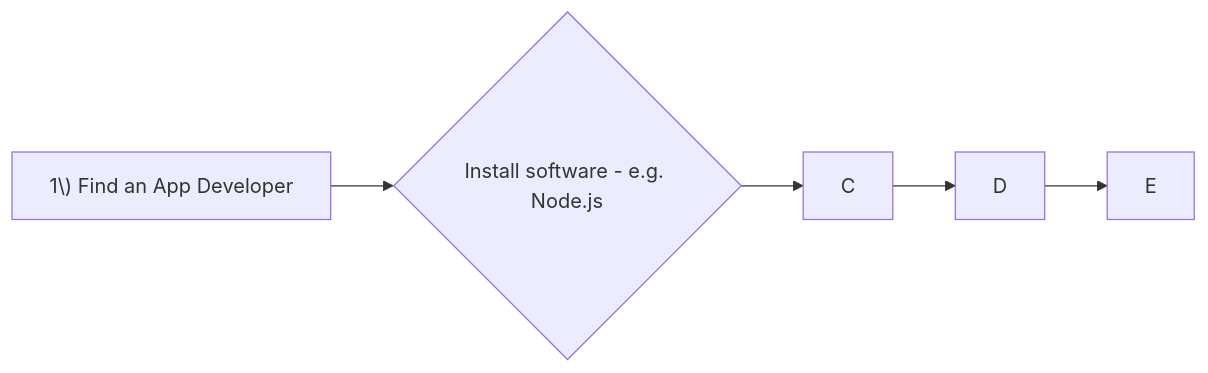
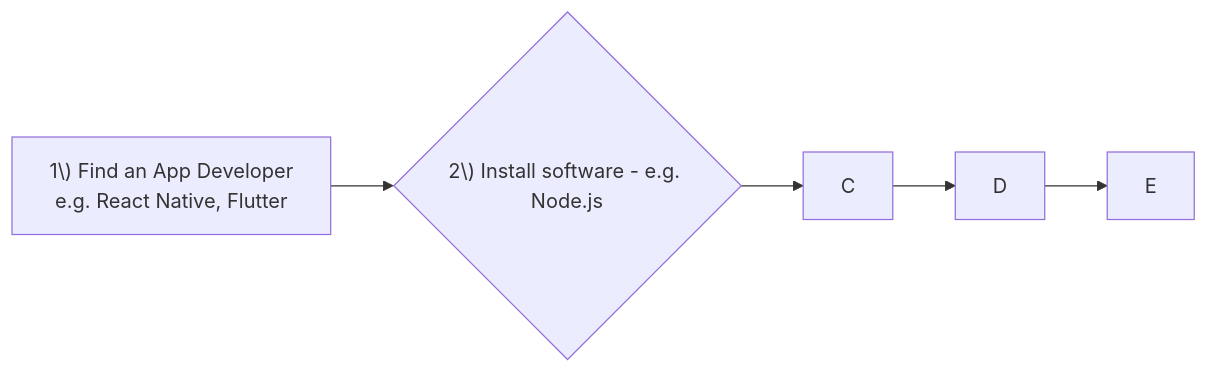
The diagram in CommsAppBuilding&EASGuide.md (hmelner/MeshtasticNetworkGuide), drawn with Mermaid before and after one commit.

````diff
--- a/CommsAppBuilding&EASGuide.md
+++ b/CommsAppBuilding&EASGuide.md
@@ -3,7 +3,7 @@
 ```mermaid
   graph LR
-  A["1\) Find an App Developer"] --> B{"Install software - e.g. Node.js"}
+  A["1\) Find an App Developer \n e.g. React Native, Flutter"] --> B{"2\) Install software - e.g. Node.js"}
   B-->C
   C-->D
   D-->E
 ```
````
